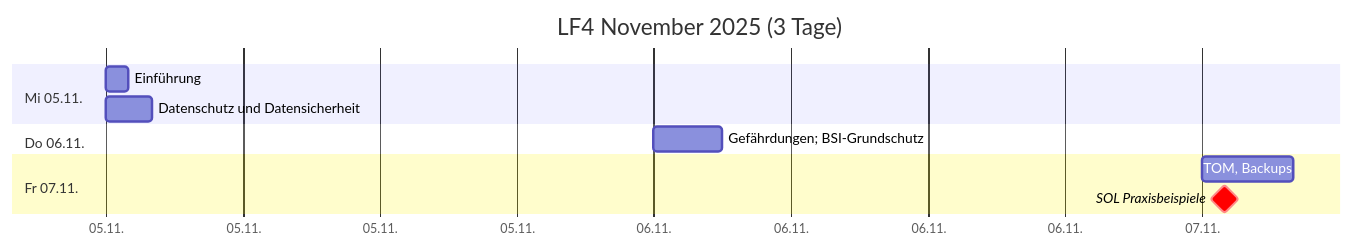
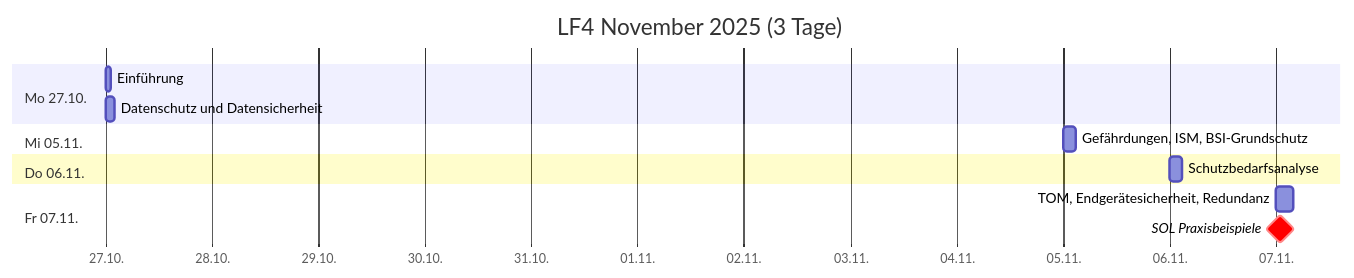
One commit to johannesloetzsch/LF4 changed the first of 4 diagrams in src/plan.md. Above: the diagram before and after it, drawn with Mermaid. The commit also changed other lines of this file and 10 other files, not shown here.

````diff
--- a/src/plan.md
+++ b/src/plan.md
@@ -7,14 +7,16 @@
 ```mermaid
 gantt
  title LF4 November 2025 (3 Tage)
  dateFormat YYYY-MM-DD
  axisFormat %d.%m.
+ section Mo 27.10.
+  Einführung                      :2025-10-27, 1h
+  Datenschutz und Datensicherheit :2025-10-27, 2h
  section Mi 05.11.
-  Einführung                      :2025-11-05, 1h
-  Datenschutz und Datensicherheit :2025-11-05, 2h
+  Gefährdungen, ISM, BSI-Grundschutz   :2025-11-05, 3h
  section Do 06.11.
-  Gefährdungen; BSI-Grundschutz   :2025-11-06, 3h
+  Schutzbedarfsanalyse            :2025-11-06, 3h
  section Fr 07.11.
-  TOM, Backups                    :2025-11-07, 4h
+  TOM, Endgerätesicherheit, Redundanz  :2025-11-07, 4h
   SOL Praxisbeispiele             :crit, milestone, 2025-11-07, 2h
 ```
````
